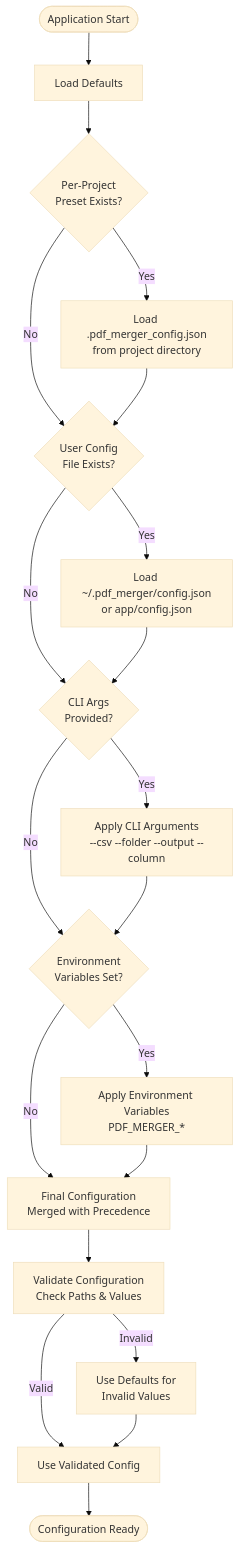
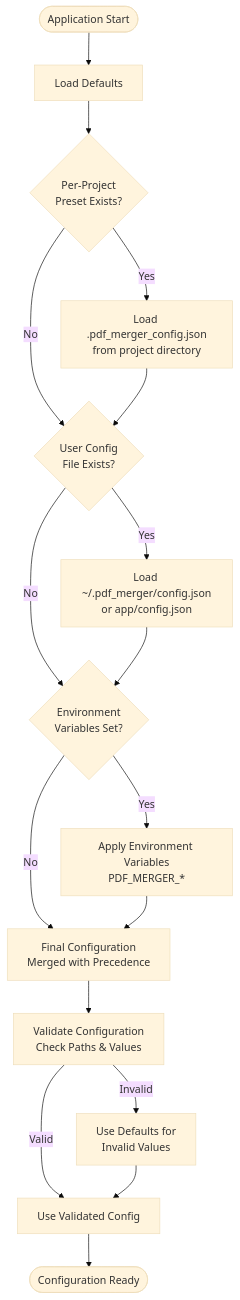
Before and after one commit to Yoavsb25/files_unifeder: the ninth of 18 diagrams in ARCHITECTURE.md, drawn with Mermaid (base theme). The commit also changed other lines of this file and 5 other files, not shown here.

````diff
--- a/ARCHITECTURE.md
+++ b/ARCHITECTURE.md
@@ -665,22 +659,19 @@
 ```mermaid
 flowchart TD
     Start([Application Start]) --> LoadDefaults[Load Defaults]
     LoadDefaults --> CheckPreset{Per-Project<br/>Preset Exists?}
     CheckPreset -->|Yes| LoadPreset[Load .pdf_merger_config.json<br/>from project directory]
     CheckPreset -->|No| CheckUserConfig
     LoadPreset --> CheckUserConfig{User Config<br/>File Exists?}
     CheckUserConfig -->|Yes| LoadUserConfig[Load ~/.pdf_merger/config.json<br/>or app/config.json]
-    CheckUserConfig -->|No| CheckCLI
-    LoadUserConfig --> CheckCLI{CLI Args<br/>Provided?}
-    CheckCLI -->|Yes| ApplyCLI[Apply CLI Arguments<br/>--csv --folder --output --column]
-    CheckCLI -->|No| CheckEnv
-    ApplyCLI --> CheckEnv{Environment<br/>Variables Set?}
+    CheckUserConfig -->|No| CheckEnv
+    LoadUserConfig --> CheckEnv{Environment<br/>Variables Set?}
     CheckEnv -->|Yes| ApplyEnv[Apply Environment Variables<br/>PDF_MERGER_*]
     CheckEnv -->|No| FinalConfig
     ApplyEnv --> FinalConfig[Final Configuration<br/>Merged with Precedence]
     FinalConfig --> Validate[Validate Configuration<br/>Check Paths & Values]
     Validate -->|Invalid| UseDefaults[Use Defaults for<br/>Invalid Values]
     Validate -->|Valid| UseConfig[Use Validated Config]
     UseDefaults --> UseConfig
     UseConfig --> End([Configuration Ready])
 ```
````
